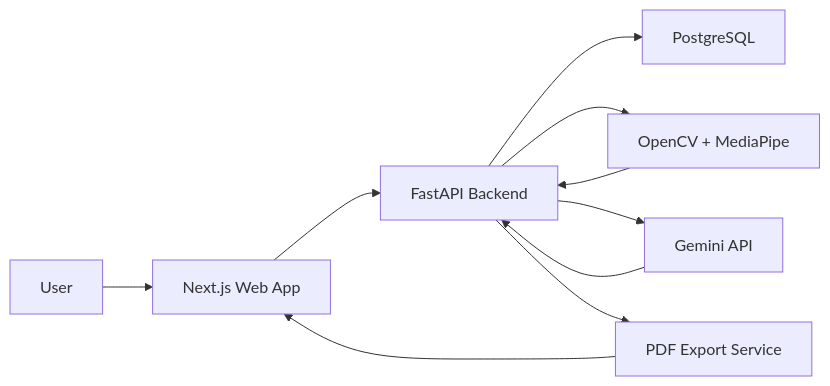
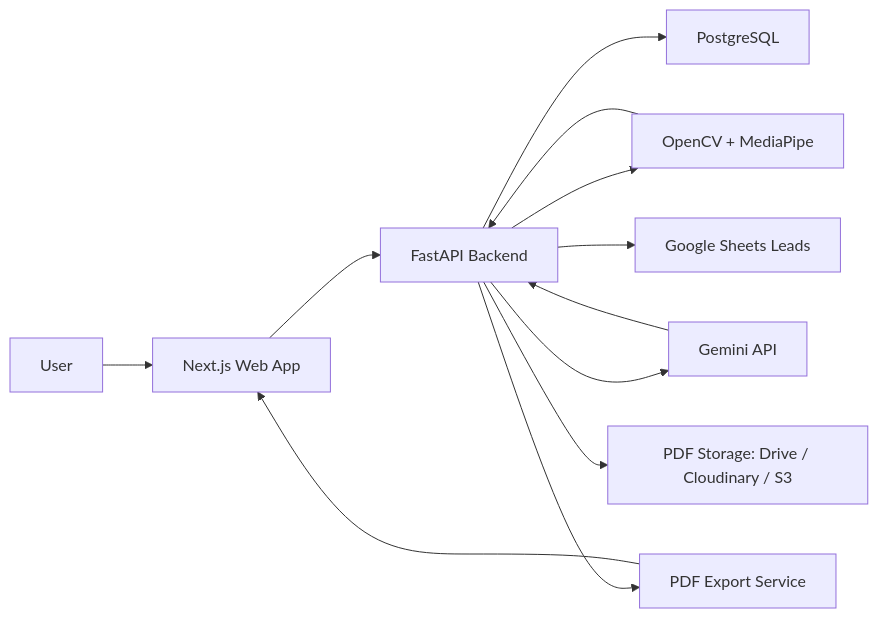
Before and after one commit to UmangAwasthi-20/Physique-Meter: the diagram in docs/architecture.md, drawn with Mermaid. The commit also changed 21 other files, not shown here.

Commit message:
Add PDF commerce and lead collection flow

````diff
--- a/docs/architecture.md
+++ b/docs/architecture.md
@@ -3,12 +3,14 @@
 ```mermaid
 flowchart LR
   U["User"] --> W["Next.js Web App"]
   W --> A["FastAPI Backend"]
   A --> P["PostgreSQL"]
   A --> V["OpenCV + MediaPipe"]
   A --> G["Gemini API"]
   A --> R["PDF Export Service"]
+  A --> S["Google Sheets Leads"]
+  A --> D["PDF Storage: Drive / Cloudinary / S3"]
   V --> A
   G --> A
   R --> W
 ```
````
